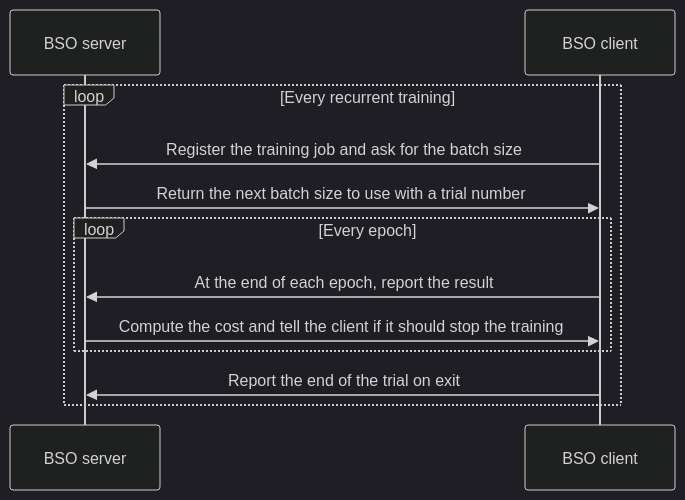
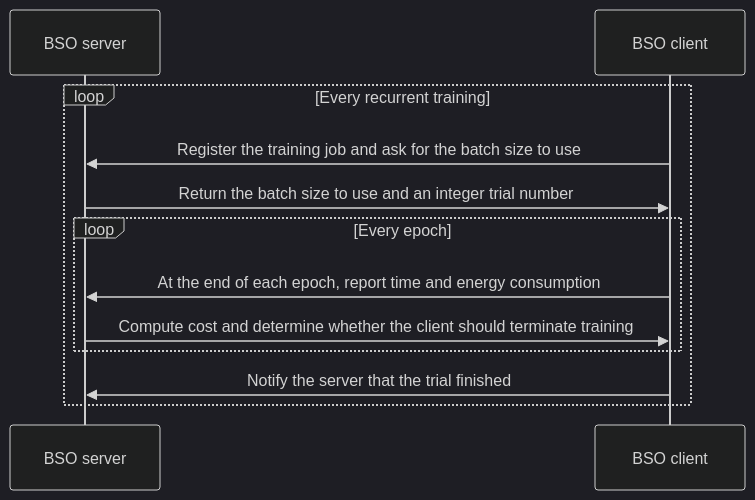
The diagram in docs/optimize/batch_size_optimizer.md (ml-energy/zeus), drawn with Mermaid (dark theme) before and after one commit. The commit also changed other lines of this file and 15 other files, not shown here.

````diff
--- a/docs/optimize/batch_size_optimizer.md
+++ b/docs/optimize/batch_size_optimizer.md
@@ -21,14 +27,14 @@
 ```mermaid
 sequenceDiagram;
     participant BSO server
     participant BSO client
     loop Every recurrent training
-        BSO client->>BSO server: Register the training job and ask for the batch size
-        BSO server->>BSO client: Return the next batch size to use with a trial number
+        BSO client->>BSO server: Register the training job and ask for the batch size to use
+        BSO server->>BSO client: Return the batch size to use and an integer trial number
         loop Every epoch
-            BSO client->>BSO server: At the end of each epoch, report the result
-            BSO server->>BSO client: Compute the cost and tell the client if it should stop the training
+            BSO client->>BSO server: At the end of each epoch, report time and energy consumption
+            BSO server->>BSO client: Compute cost and determine whether the client should terminate training
         end
-        BSO client->>BSO server: Report the end of the trial on exit
+        BSO client->>BSO server: Notify the server that the trial finished
     end
 ```
````
